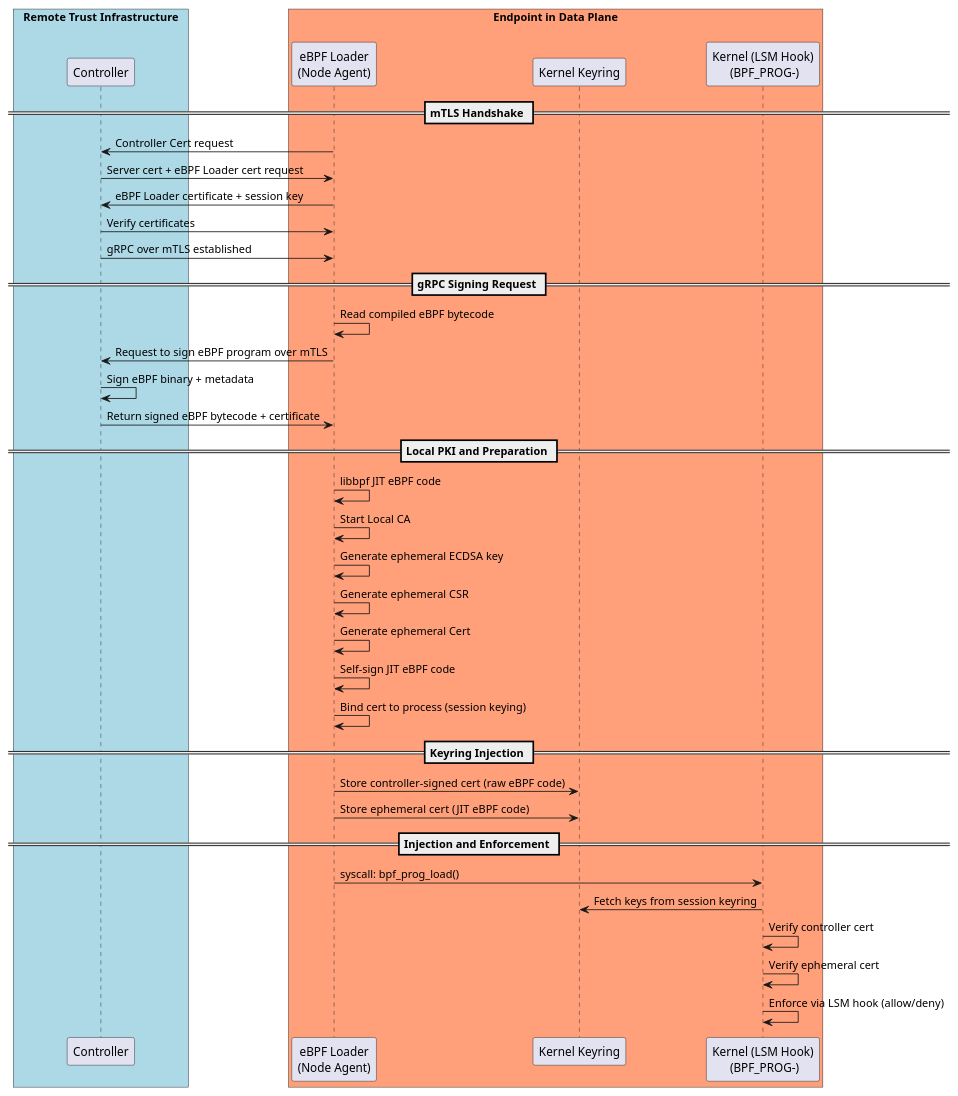
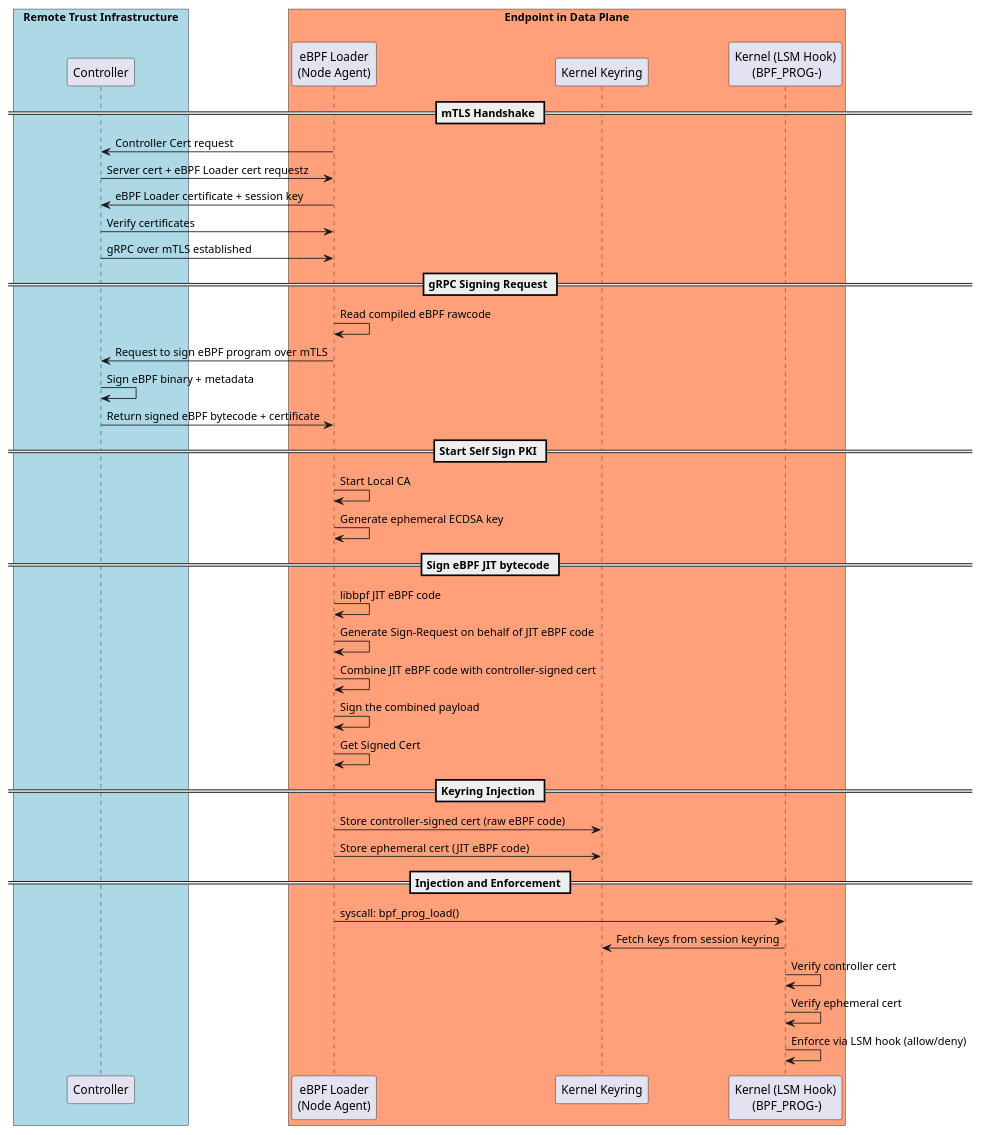
Before and after one commit to Synarcs/Data-Exfiltration-Security-Framework: the diagram in docs/crypto/crypto.puml, drawn with PlantUML. The commit also changed 29 other files, not shown here.

```diff
--- a/docs/crypto/crypto.puml
+++ b/docs/crypto/crypto.puml
@@ -1,52 +1,55 @@
 @startuml
 !pragma teoz true
 ' Set the skin parameters
 skinparam rectangle {
   BackgroundColor White
   BorderColor Black
 }
 
 box "Remote Trust Infrastructure" #LightBlue
   participant Controller
 end box
 
 box "Endpoint in Data Plane\n" #LightSalmon
   participant "eBPF Loader\n(Node Agent)" as Loader
   participant "Kernel Keyring" as Keyring
   participant "Kernel (LSM Hook)\n (BPF_PROG-)" as Kernel
 end box
 
 == mTLS Handshake ==
 Loader -> Controller : Controller Cert request
-Controller -> Loader : Server cert + eBPF Loader cert request
+Controller -> Loader : Server cert + eBPF Loader cert requestz
 Loader -> Controller : eBPF Loader certificate + session key
 Controller -> Loader : Verify certificates 
 Controller -> Loader : gRPC over mTLS established
 
 == gRPC Signing Request ==
-Loader -> Loader : Read compiled eBPF bytecode
+Loader -> Loader : Read compiled eBPF rawcode
 Loader -> Controller : Request to sign eBPF program over mTLS
 Controller -> Controller : Sign eBPF binary + metadata
 Controller -> Loader : Return signed eBPF bytecode + certificate
 
-== Local PKI and Preparation ==
+== Start Self Sign PKI == 
+Loader -> Loader : Start Local CA
+Loader -> Loader : Generate ephemeral ECDSA key
+
+== Sign eBPF JIT bytecode ==
 Loader -> Loader : libbpf JIT eBPF code
-Loader -> Loader : Start Local CA 
-Loader -> Loader : Generate ephemeral ECDSA key
-Loader -> Loader : Generate ephemeral CSR
-Loader -> Loader : Generate ephemeral Cert
-Loader -> Loader : Self-sign JIT eBPF code
-Loader -> Loader : Bind cert to process (session keying)
+Loader -> Loader : Generate Sign-Request on behalf of JIT eBPF code
+Loader -> Loader : Combine JIT eBPF code with controller-signed cert
+Loader -> Loader : Sign the combined payload
+Loader -> Loader : Get Signed Cert
+' Loader -> Loader : Bind cert to process (session keying)
 
 == Keyring Injection ==
 Loader -> Keyring : Store controller-signed cert (raw eBPF code)
 Loader -> Keyring : Store ephemeral cert  (JIT eBPF code)
 
 == Injection and Enforcement ==
 Loader -> Kernel : syscall: bpf_prog_load()
 Kernel -> Keyring : Fetch keys from session keyring
 Kernel -> Kernel : Verify controller cert 
 Kernel -> Kernel : Verify ephemeral cert
 Kernel -> Kernel : Enforce via LSM hook (allow/deny)
 
 @enduml
```
